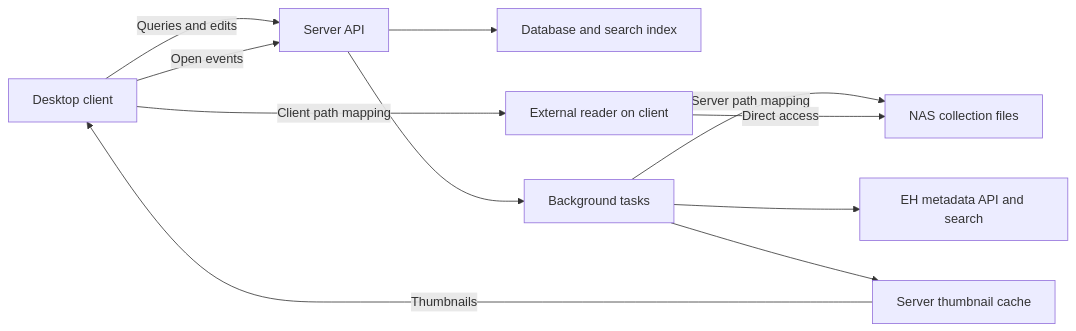
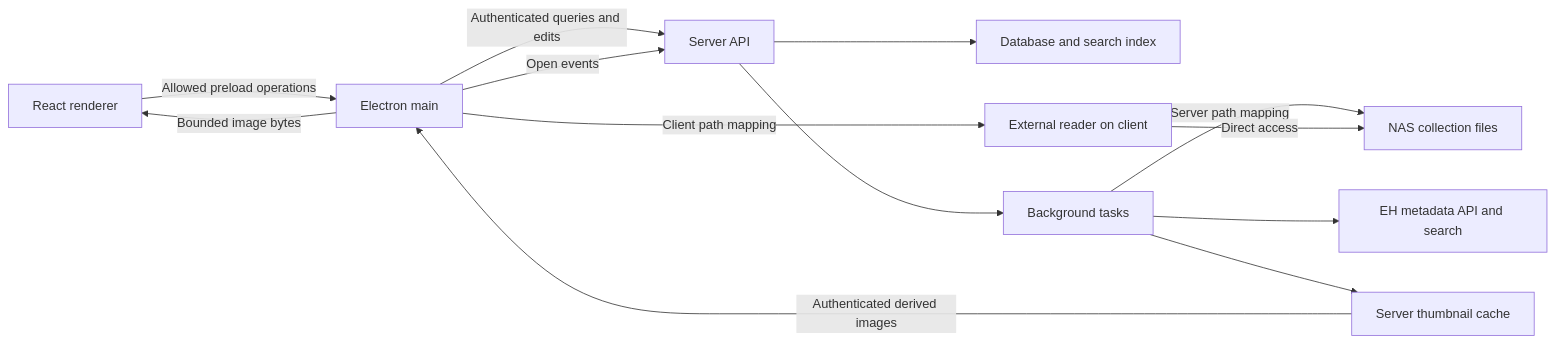
Before and after one commit to ariga39/henshin: the diagram in docs/design/architecture.md, drawn with Mermaid. The commit also changed other lines of this file and 2 other files, not shown here.

Commit message:
docs: define HTTP IPC and durable task contracts (#11)
* docs: define HTTP IPC and durable task contracts

* docs: complete thumbnail IPC and task follow-up contracts

* docs: fence scan coalescing against mapping and policy changes

````diff
--- a/docs/design/architecture.md
+++ b/docs/design/architecture.md
@@ -9,13 +9,15 @@
 ```mermaid
 flowchart LR
-    UI[Desktop client] -->|Queries and edits| API[Server API]
+    UI[React renderer] -->|Allowed preload operations| MAIN[Electron main]
+    MAIN -->|Authenticated queries and edits| API[Server API]
     API --> DB[Database and search index]
     API --> JOB[Background tasks]
     JOB -->|Server path mapping| NAS[NAS collection files]
     JOB --> EH[EH metadata API and search]
     JOB --> THUMB[Server thumbnail cache]
-    THUMB -->|Thumbnails| UI
-    UI -->|Client path mapping| READER[External reader on client]
+    THUMB -->|Authenticated derived images| MAIN
+    MAIN -->|Bounded image bytes| UI
+    MAIN -->|Client path mapping| READER[External reader on client]
     READER -->|Direct access| NAS
-    UI -->|Open events| API
+    MAIN -->|Open events| API
 ```
````
